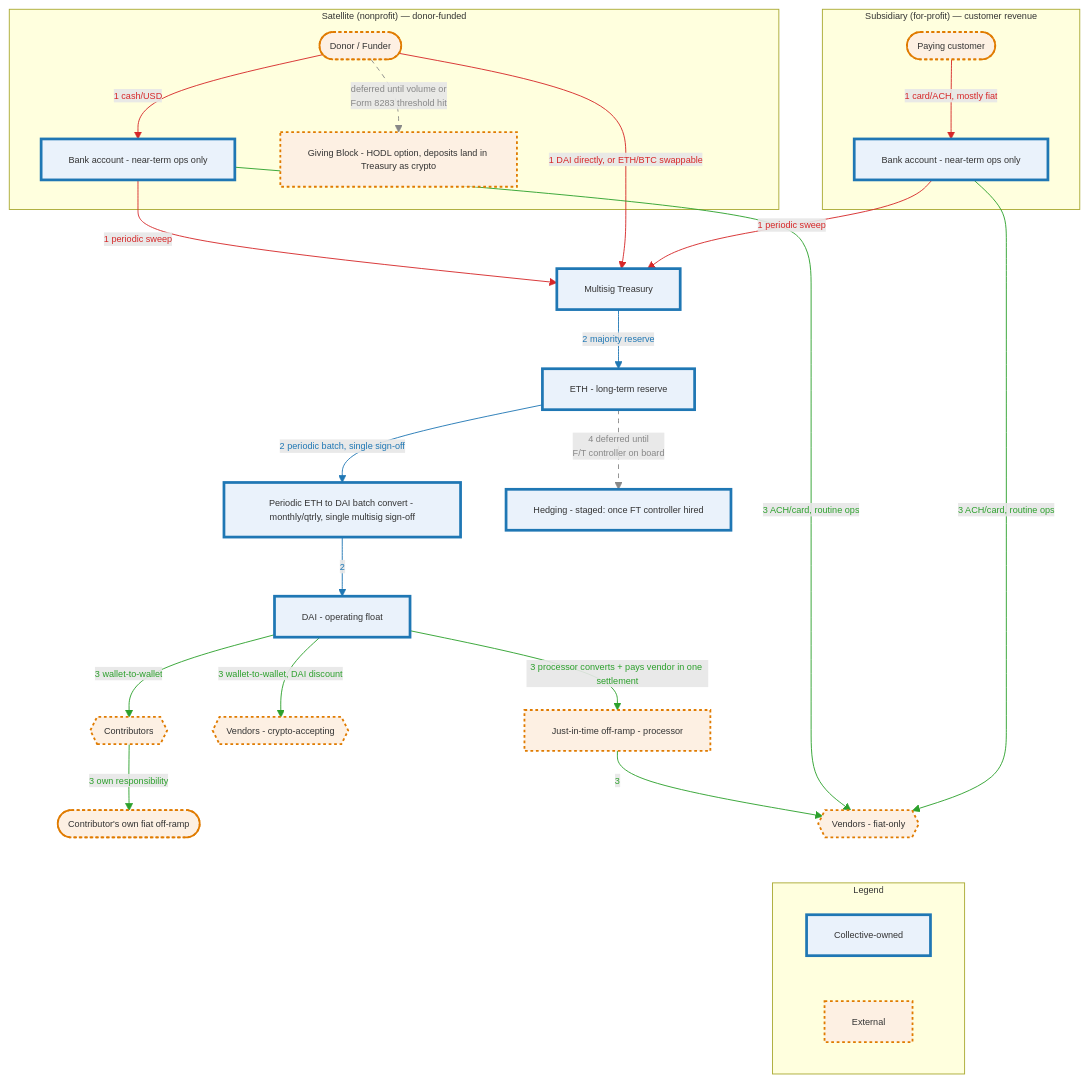
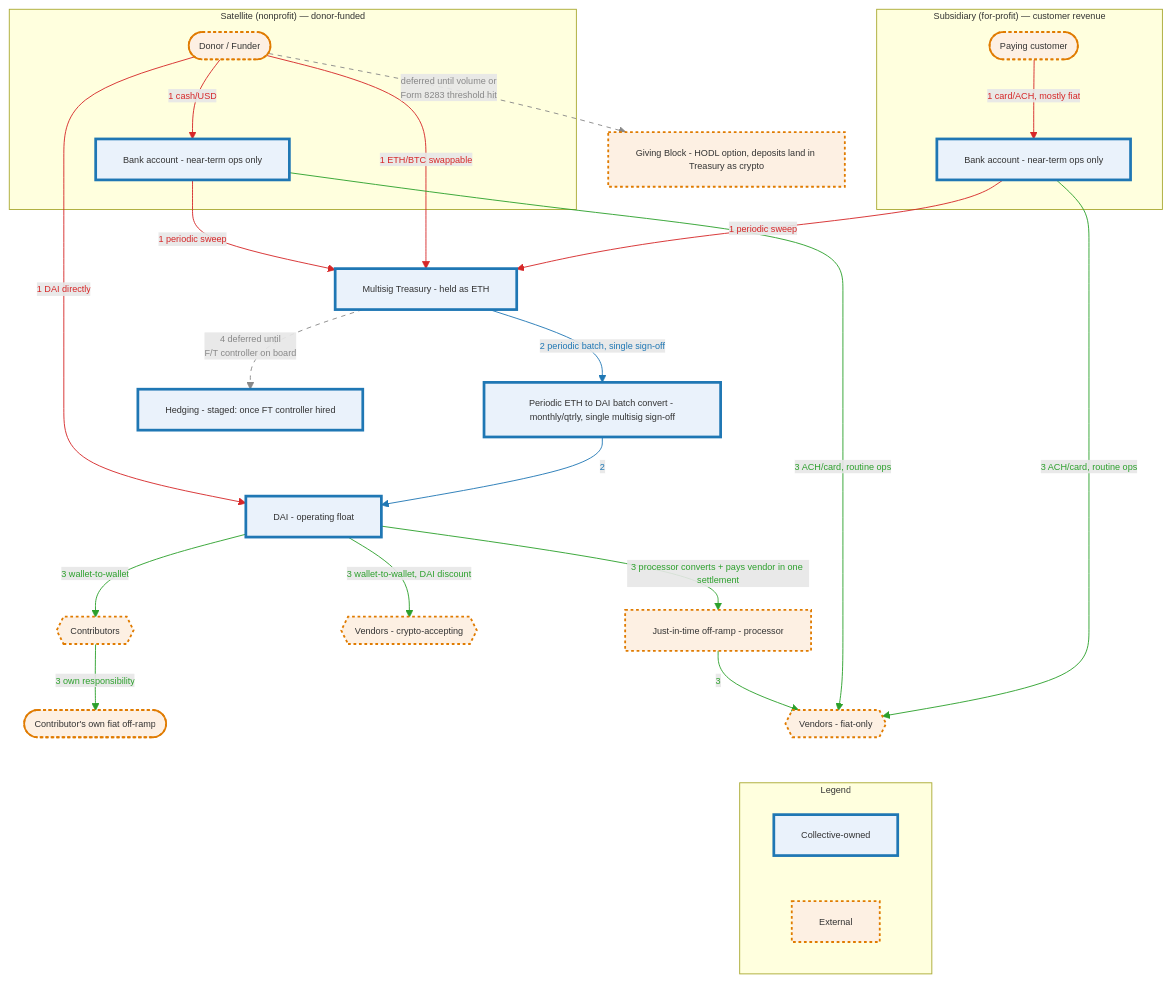
Before and after one commit to doikayt/admin: the third of 4 diagrams in governance/commons-hub-pattern.md, drawn with Mermaid.

Commit message:
docs: move Giving Block outside Satellite box, merge Treasury/ETHReserve
Readability over strict subgraph accuracy: Giving Block sitting
inside the yellow Satellite box (alongside Donor and the bank
account) was forcing that subgraph wide, unbalancing the whole
diagram against the narrower Subsidiary box. Moved it out - the
Donor->DonationProcessor edge still correctly records that it's a
donor-side mechanism, just without the visual containment. Worth a
line in the eventual narrative prose noting this.

Also merges Treasury and ETHReserve into one node ("Multisig
Treasury - held as ETH") - everything landing in the treasury
defaults to ETH, with DAI carved out via the periodic batch convert,
so the separate "majority reserve" allocation step was redundant.
Direct DAI donations now route straight to the DAI float instead of
round-tripping through ETH first.

````diff
--- a/governance/commons-hub-pattern.md
+++ b/governance/commons-hub-pattern.md
@@ -880,67 +880,66 @@
 ```mermaid
 %%{init: {"themeVariables": {"fontSize": "10px"}}}%%
 flowchart TD
     subgraph SAT["Satellite (nonprofit) — donor-funded"]
         Donor([Donor / Funder])
         SatBank[Bank account - near-term ops only]
-        DonationProcessor[Giving Block - HODL option, deposits land in Treasury as crypto]
     end
 
     subgraph SUB["Subsidiary (for-profit) — customer revenue"]
         Customer([Paying customer])
         SubBank[Bank account - near-term ops only]
     end
 
-    Treasury[Multisig Treasury]
+    DonationProcessor[Giving Block - HODL option, deposits land in Treasury as crypto]
+    Treasury[Multisig Treasury - held as ETH]
     BatchConvert[Periodic ETH to DAI batch convert - monthly/qtrly, single multisig sign-off]
     DAIFloat[DAI - operating float]
-    ETHReserve[ETH - long-term reserve]
     Contributors{{Contributors}}
     ContribOfframp([Contributor's own fiat off-ramp])
     VendorsCrypto{{Vendors - crypto-accepting}}
     OffRampJIT[Just-in-time off-ramp - processor]
     VendorsFiat{{Vendors - fiat-only}}
     Hedge[Hedging - staged: once FT controller hired]
 
     subgraph LEGEND["Legend"]
         L1[Collective-owned]
         L2[External]
     end
 
     Donor -- "1 cash/USD" --> SatBank
     SatBank -- "1 periodic sweep" --> Treasury
-    Donor -- "1 DAI directly, or ETH/BTC swappable" --> Treasury
+    Donor -- "1 DAI directly" --> DAIFloat
+    Donor -- "1 ETH/BTC swappable" --> Treasury
     Customer -- "1 card/ACH, mostly fiat" --> SubBank
     SubBank -- "1 periodic sweep" --> Treasury
 
     Donor -.->|"deferred until volume or<br/>Form 8283 threshold hit"| DonationProcessor
 
-    Treasury -- "2 majority reserve" --> ETHReserve
-    ETHReserve -- "2 periodic batch, single sign-off" --> BatchConvert
+    Treasury -- "2 periodic batch, single sign-off" --> BatchConvert
     BatchConvert -- "2" --> DAIFloat
 
     DAIFloat -- "3 wallet-to-wallet" --> Contributors
     Contributors -- "3 own responsibility" --> ContribOfframp
     DAIFloat -- "3 wallet-to-wallet, DAI discount" --> VendorsCrypto
     DAIFloat -- "3 processor converts + pays vendor in one settlement" --> OffRampJIT
     OffRampJIT -- "3" --> VendorsFiat
     SatBank -- "3 ACH/card, routine ops" --> VendorsFiat
     SubBank -- "3 ACH/card, routine ops" --> VendorsFiat
 
-    ETHReserve -.->|"4 deferred until<br/>F/T controller on board"| Hedge
+    Treasury -.->|"4 deferred until<br/>F/T controller on board"| Hedge
 
     VendorsFiat ~~~ LEGEND
 
-    linkStyle 0,1,2,3,4 stroke:#d62728,color:#d62728
-    linkStyle 6,7,8 stroke:#1f77b4,color:#1f77b4
+    linkStyle 0,1,2,3,4,5 stroke:#d62728,color:#d62728
+    linkStyle 7,8 stroke:#1f77b4,color:#1f77b4
     linkStyle 9,10,11,12,13,14,15 stroke:#2ca02c,color:#2ca02c
-    linkStyle 5,16 stroke:#888888,color:#888888,stroke-dasharray: 5 5
+    linkStyle 6,16 stroke:#888888,color:#888888,stroke-dasharray: 5 5
 
     classDef owned fill:#eaf2fb,stroke:#1f77b4,stroke-width:3px
     classDef external fill:#fdf0e3,stroke:#e07b00,stroke-width:2px,stroke-dasharray:3 3
     class L1 owned
     class L2 external
-    class Treasury,SatBank,SubBank,BatchConvert,DAIFloat,ETHReserve,Hedge owned
+    class Treasury,SatBank,SubBank,BatchConvert,DAIFloat,Hedge owned
     class Donor,DonationProcessor,Customer,Contributors,ContribOfframp external
     class VendorsCrypto,OffRampJIT,VendorsFiat external
 ```
````
